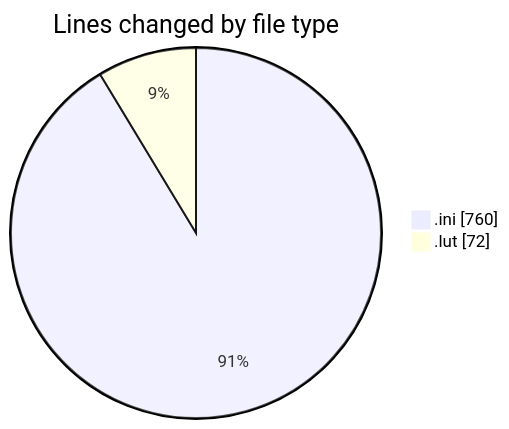
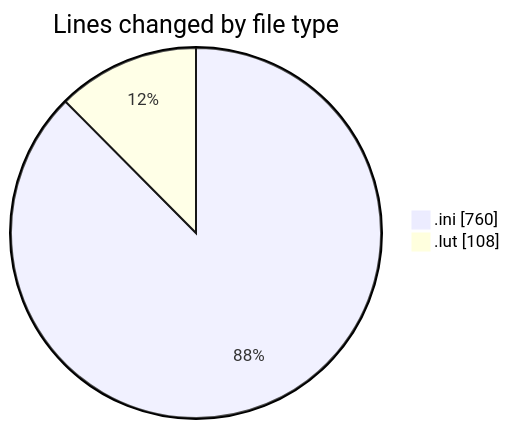
Before and after one commit to Netris89/code-tracking: the first of 2 diagrams in 2025-08-03/data/README.md, drawn with Mermaid. The commit also changed other lines of this file and 1 other file, not shown here.

````diff
--- a/2025-08-03/data/README.md
+++ b/2025-08-03/data/README.md
@@ -22,6 +22,6 @@
 ```mermaid
 pie showData
 title Lines changed by file type
 ".ini" : 760
-".lut" : 72
+".lut" : 108
 ```
````
